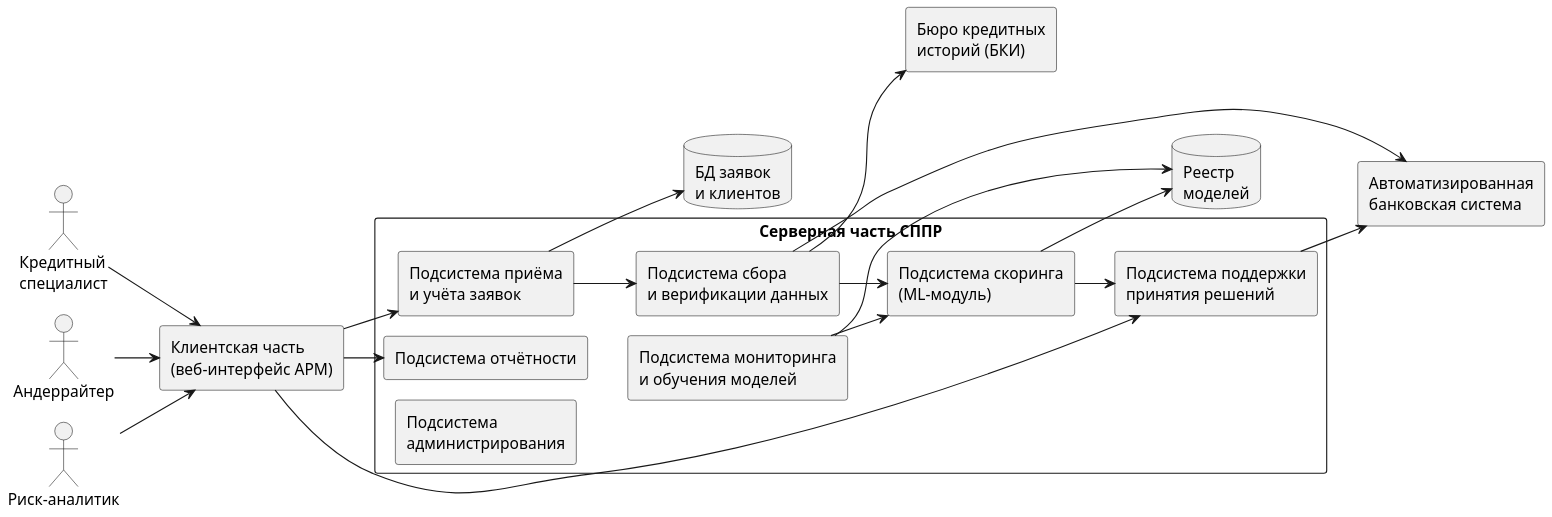
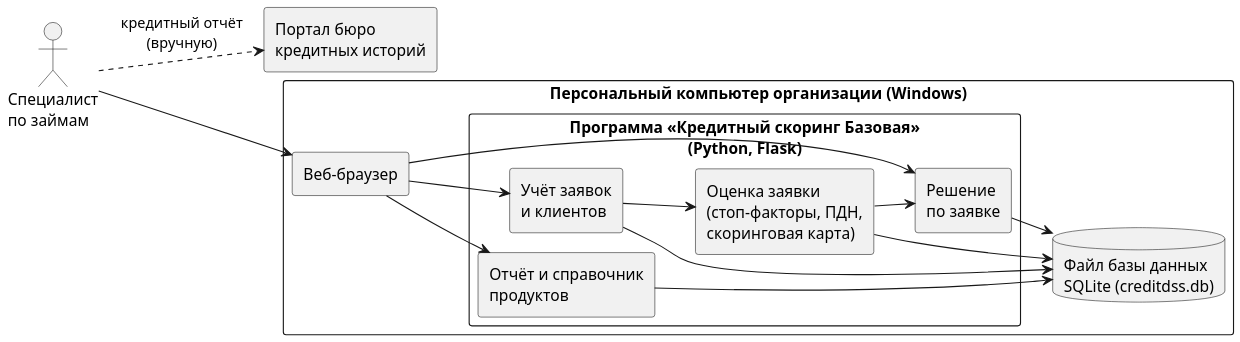
One commit to DarkSwordman999/credit-scoring-dss changed the diagram in diagrams/pr3_architecture.puml. Above: the diagram before and after it, drawn with PlantUML. The commit also changed 51 other files, not shown here.

Commit message:
Отчёты ПР 1-10 и диаграммы пересобраны под базовую редакцию

```diff
--- a/diagrams/pr3_architecture.puml
+++ b/diagrams/pr3_architecture.puml
@@ -1,42 +1,32 @@
 @startuml
 !pragma layout smetana
 skinparam dpi 150
 skinparam defaultFontName Arial
 skinparam shadowing false
 skinparam monochrome true
 left to right direction
 skinparam componentStyle rectangle
-actor "Кредитный\nспециалист" as KS
-actor "Андеррайтер" as UW
-actor "Риск-аналитик" as RA
-rectangle "Клиентская часть\n(веб-интерфейс АРМ)" as UI
-rectangle "Серверная часть СППР" as SRV {
-  rectangle "Подсистема приёма\nи учёта заявок" as A
-  rectangle "Подсистема сбора\nи верификации данных" as B
-  rectangle "Подсистема скоринга\n(ML-модуль)" as C
-  rectangle "Подсистема поддержки\nпринятия решений" as D
-  rectangle "Подсистема мониторинга\nи обучения моделей" as E
-  rectangle "Подсистема отчётности" as F
-  rectangle "Подсистема\nадминистрирования" as G
+actor "Специалист\nпо займам" as KS
+rectangle "Персональный компьютер организации (Windows)" as PC {
+  rectangle "Веб-браузер" as UI
+  rectangle "Программа «Кредитный скоринг Базовая»\n(Python, Flask)" as SRV {
+    rectangle "Учёт заявок\nи клиентов" as A
+    rectangle "Оценка заявки\n(стоп-факторы, ПДН,\nскоринговая карта)" as C
+    rectangle "Решение\nпо заявке" as D
+    rectangle "Отчёт и справочник\nпродуктов" as F
+  }
+  database "Файл базы данных\nSQLite (creditdss.db)" as DB
 }
-database "БД заявок\nи клиентов" as DB
-database "Реестр\nмоделей" as MR
-rectangle "Бюро кредитных\nисторий (БКИ)" as BKI
-rectangle "Автоматизированная\nбанковская система" as ABS
+rectangle "Портал бюро\nкредитных историй" as BKI
 KS --> UI
-UW --> UI
-RA --> UI
 UI --> A
 UI --> D
 UI --> F
-A --> B
-B --> C
+A --> C
 C --> D
-E --> C
-B --> BKI
-B --> ABS
-D --> ABS
 A --> DB
-C --> MR
-E --> MR
+C --> DB
+D --> DB
+F --> DB
+KS ..> BKI : кредитный отчёт\n(вручную)
 @enduml
```
